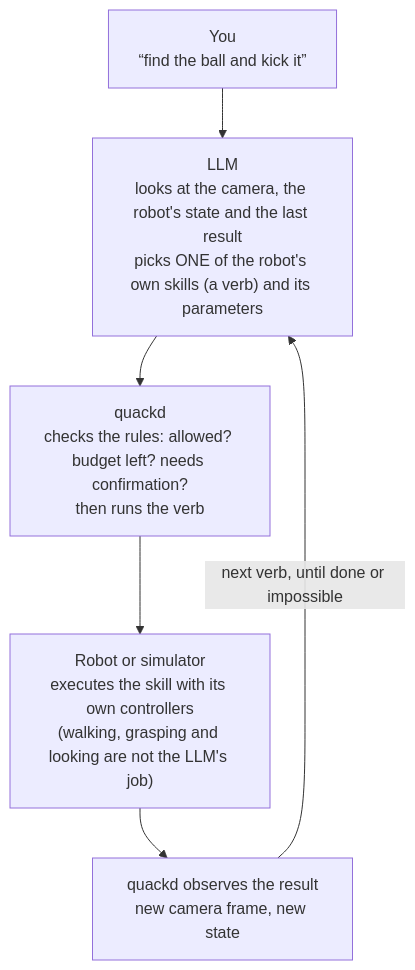
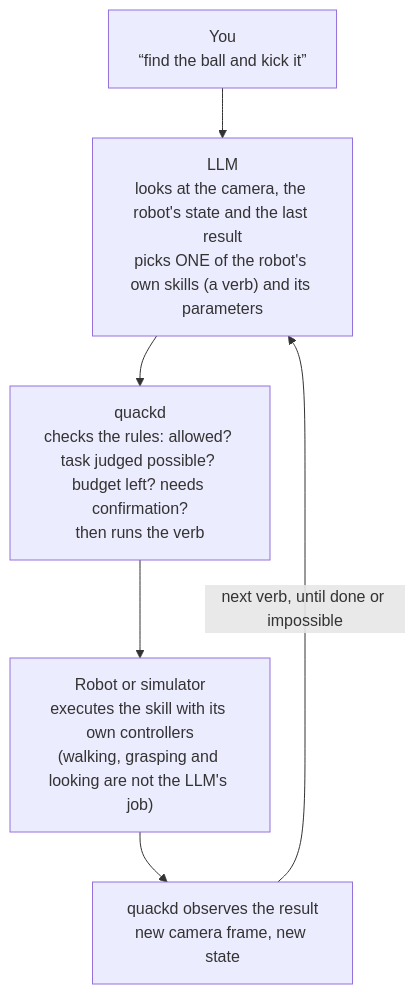
One commit to mantoumaster/quackd changed the first of 2 diagrams in README.md. Above: the diagram before and after it, drawn with Mermaid. The commit also changed other lines of this file and 14 other files, not shown here.

````diff
--- a/README.md
+++ b/README.md
@@ -144,10 +144,10 @@
 ```mermaid
 flowchart TD
     YOU["You<br/>“find the ball and kick it”"]
     LLM["LLM<br/>looks at the camera, the robot's state and the last result<br/>picks ONE of the robot's own skills (a verb) and its parameters"]
-    Q["quackd<br/>checks the rules: allowed? budget left? needs confirmation?<br/>then runs the verb"]
+    Q["quackd<br/>checks the rules: allowed? task judged possible? budget left? needs confirmation?<br/>then runs the verb"]
     R["Robot or simulator<br/>executes the skill with its own controllers<br/>(walking, grasping and looking are not the LLM's job)"]
     O["quackd observes the result<br/>new camera frame, new state"]
     YOU --> LLM --> Q --> R --> O
     O -- "next verb, until done or impossible" --> LLM
 ```
````
